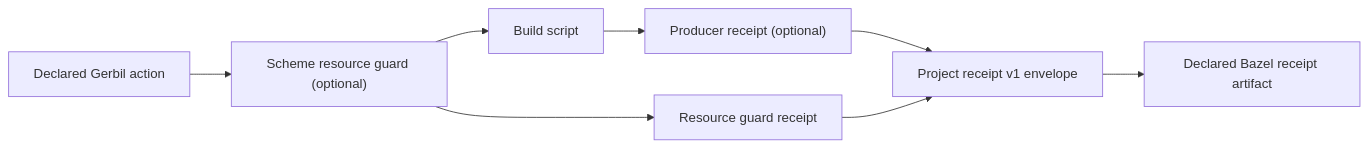
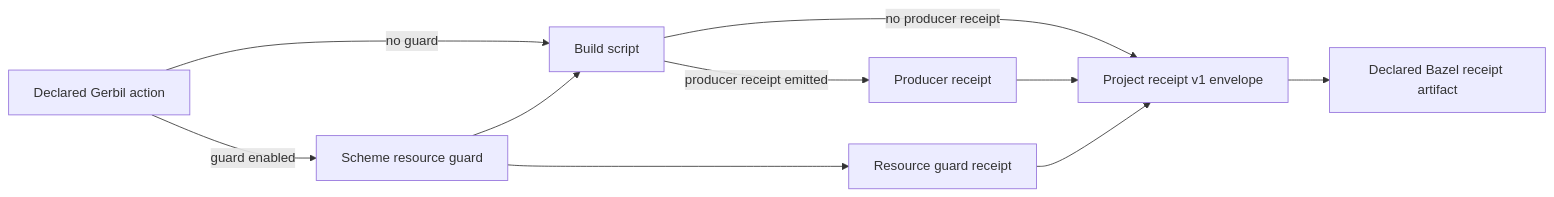
One commit to tao3k/gerbil-bazel changed the first of 2 diagrams in docs/rfc/0004-project-receipt-v1-stability.org. Above: the diagram before and after it, drawn with Mermaid. The commit also changed other lines of this file and 10 other files, not shown here.

```diff
--- a/docs/rfc/0004-project-receipt-v1-stability.org
+++ b/docs/rfc/0004-project-receipt-v1-stability.org
@@ -41,10 +41,12 @@
 #+begin_src mermaid
 flowchart LR
-  A["Declared Gerbil action"] --> B["Scheme resource guard (optional)"]
+  A["Declared Gerbil action"] -->|"guard enabled"| B["Scheme resource guard"]
+  A -->|"no guard"| C
   B --> C["Build script"]
-  C --> D["Producer receipt (optional)"]
+  C -->|"producer receipt emitted"| D["Producer receipt"]
+  C -->|"no producer receipt"| F
   B --> E["Resource guard receipt"]
   D --> F["Project receipt v1 envelope"]
   E --> F
   F --> G["Declared Bazel receipt artifact"]
 #+end_src
```
